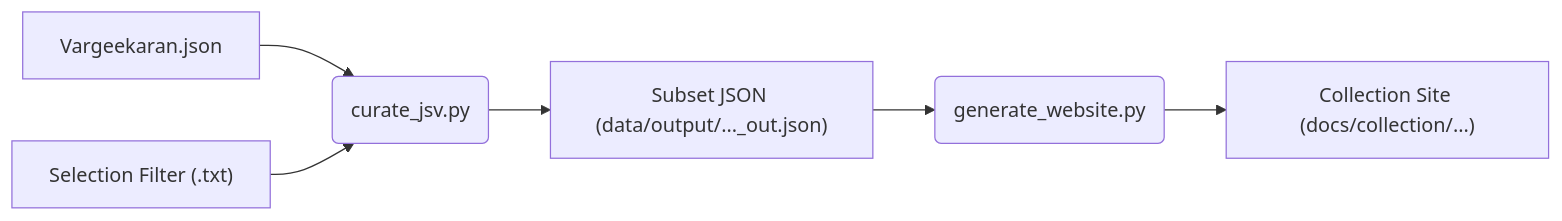
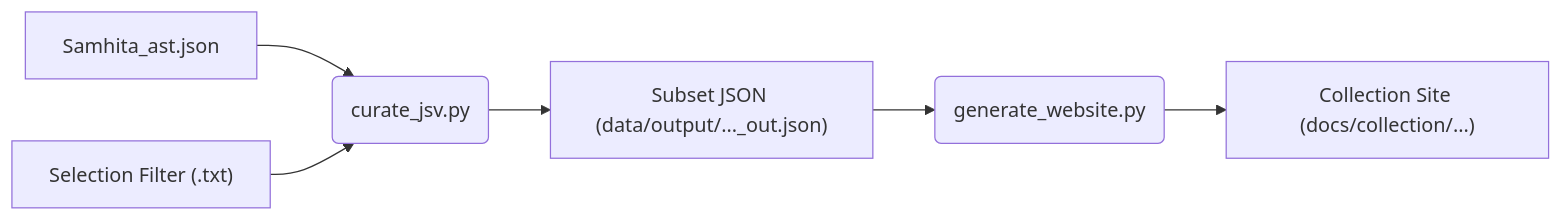
Before and after one commit to sekharnarayanaswamy-del/jaimineeyasamavedam: the second of 4 diagrams in .agent/documentation/PIPELINE_ARCHITECTURE.md, drawn with Mermaid. The commit also changed other lines of this file and 99 other files, not shown here.

First line of the commit message:
Unify pipeline on canonical Samhita_ast.json and enrich Rik & Samam RDC

````diff
--- a/.agent/documentation/PIPELINE_ARCHITECTURE.md
+++ b/.agent/documentation/PIPELINE_ARCHITECTURE.md
@@ -44,8 +41,8 @@
 ```mermaid
 graph LR
-    G1["Vargeekaran.json"] --> J1("curate_jsv.py")
+    E1["Samhita_ast.json"] --> J1("curate_jsv.py")
     K1["Selection Filter (.txt)"] --> J1
     J1 --> L1["Subset JSON (data/output/..._out.json)"]
     L1 --> M1("generate_website.py")
     M1 --> N1["Collection Site (docs/collection/...)"]
 ```
````
